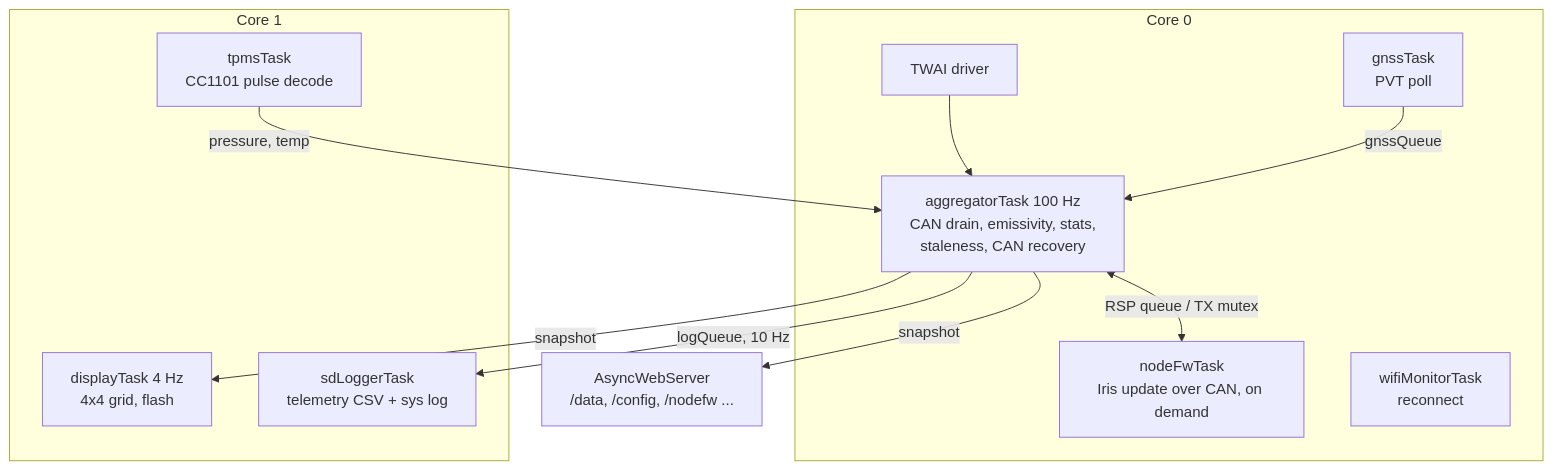
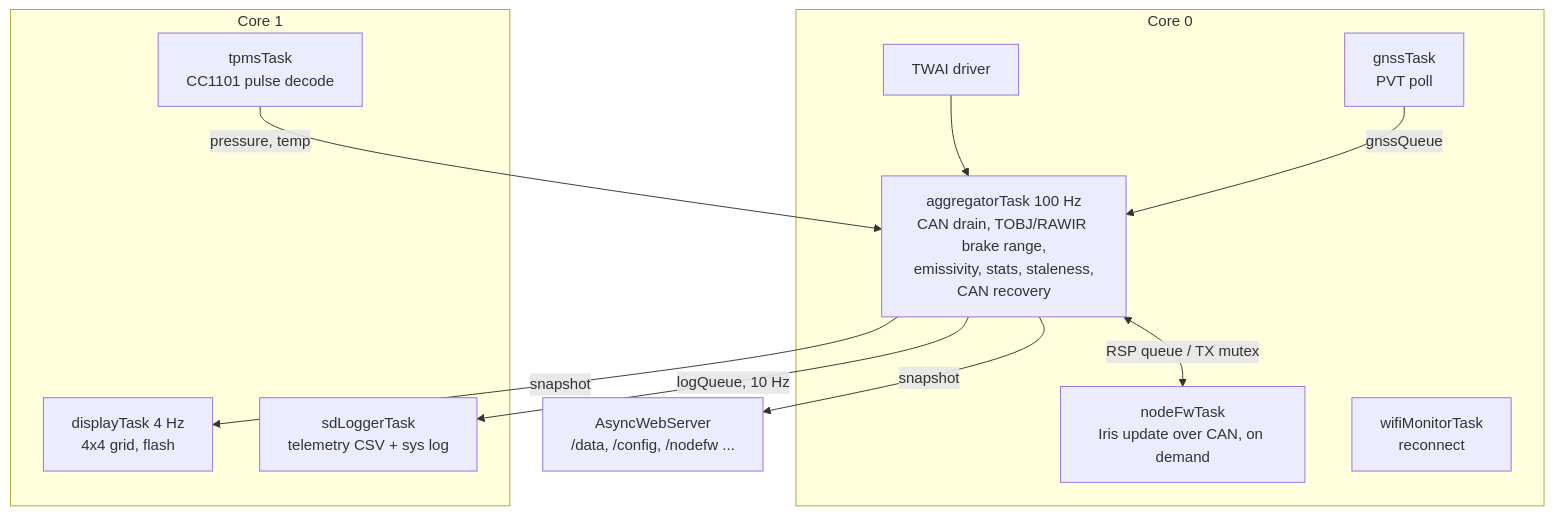
Before and after one commit to redc6t/Sentinel: the second of 2 diagrams in README.md, drawn with Mermaid. The commit also changed other lines of this file and 1 other file, not shown here.

First line of the commit message:
Update README with 36h Collie findings and v4.10.0 brake range

````diff
--- a/README.md
+++ b/README.md
@@ -83,20 +115,20 @@
 ```mermaid
 flowchart TB
     subgraph Core0[Core 0]
         CAN[TWAI driver] --> A
         GT[gnssTask<br/>PVT poll] -->|gnssQueue| A
-        A[aggregatorTask 100 Hz<br/>CAN drain, emissivity, stats,<br/>staleness, CAN recovery]
+        A[aggregatorTask 100 Hz<br/>CAN drain, TOBJ/RAWIR brake range,<br/>emissivity, stats, staleness,<br/>CAN recovery]
         N[nodeFwTask<br/>Iris update over CAN, on demand]
         WF[wifiMonitorTask<br/>reconnect]
     end
     subgraph Core1[Core 1]
         D[displayTask 4 Hz<br/>4x4 grid, flash]
         L[sdLoggerTask<br/>telemetry CSV + sys log]
         TP[tpmsTask<br/>CC1101 pulse decode]
     end
     A -->|snapshot| D
     A -->|snapshot| WEB[AsyncWebServer<br/>/data, /config, /nodefw ...]
     A -->|logQueue, 10 Hz| L
     TP -->|pressure, temp| A
     A <-->|RSP queue / TX mutex| N
 ```
````
